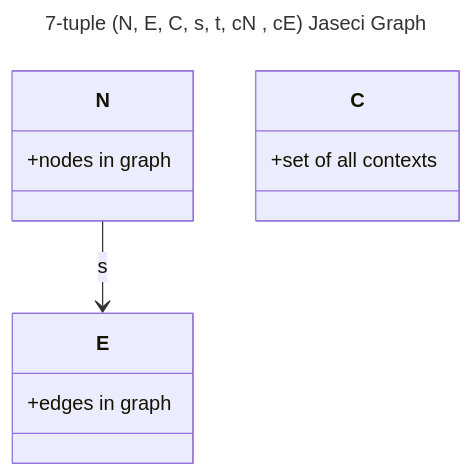
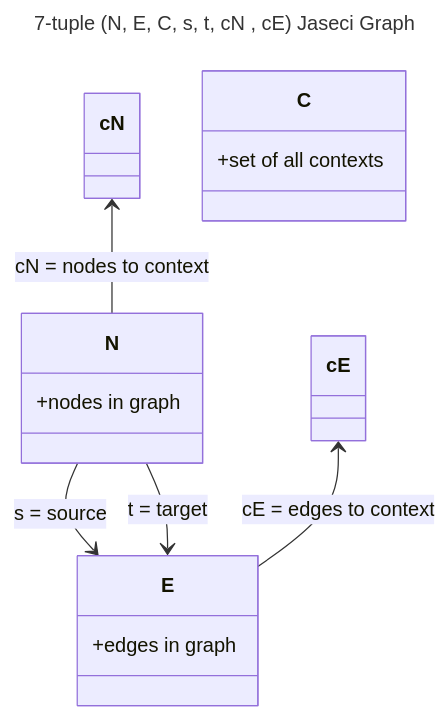
The diagram in README.md (WrappedUsername/jaseci-ninja-notes), drawn with Mermaid before and after one commit.

````diff
--- a/README.md
+++ b/README.md
@@ -36,16 +36,19 @@
 ```mermaid
 ---
 title: 7-tuple (N, E, C, s, t, cN , cE) Jaseci Graph
 ---
 classDiagram
-  N --> E : s  
+  N --> E : s = source 
+  N --> E : t = target
+  cN <-- N : cN = nodes to context
+  cE <-- E : cE = edges to context
   class N{
     +nodes in graph
   }
   class E{
     +edges in graph
   }
   class C{
     +set of all contexts
   }
 ```
````
